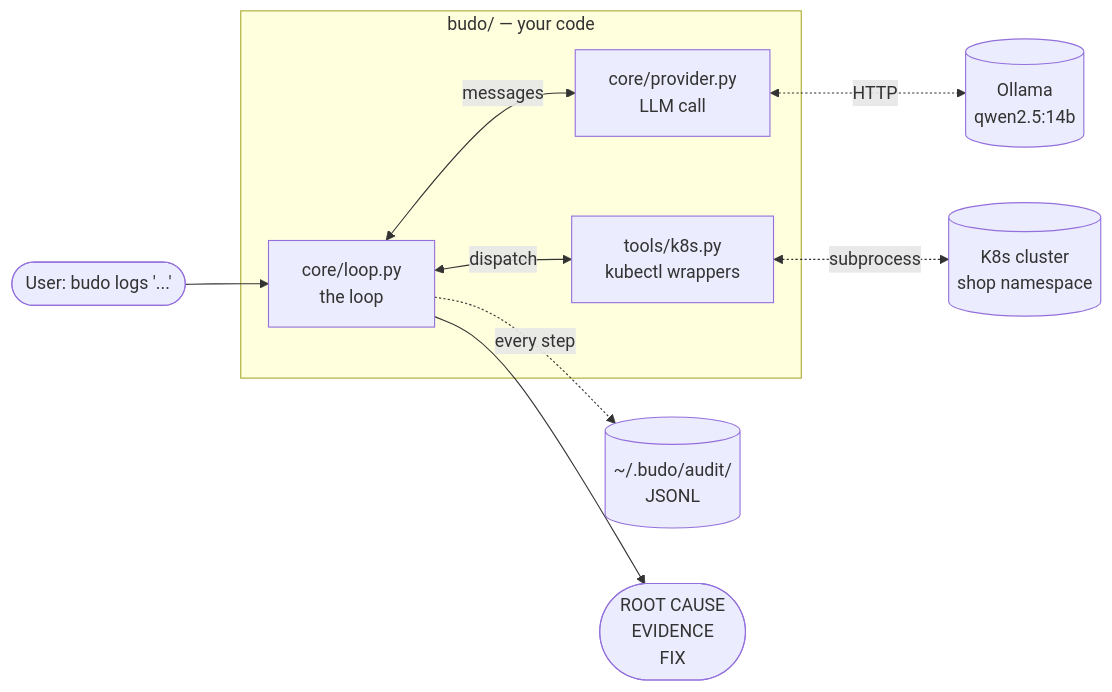
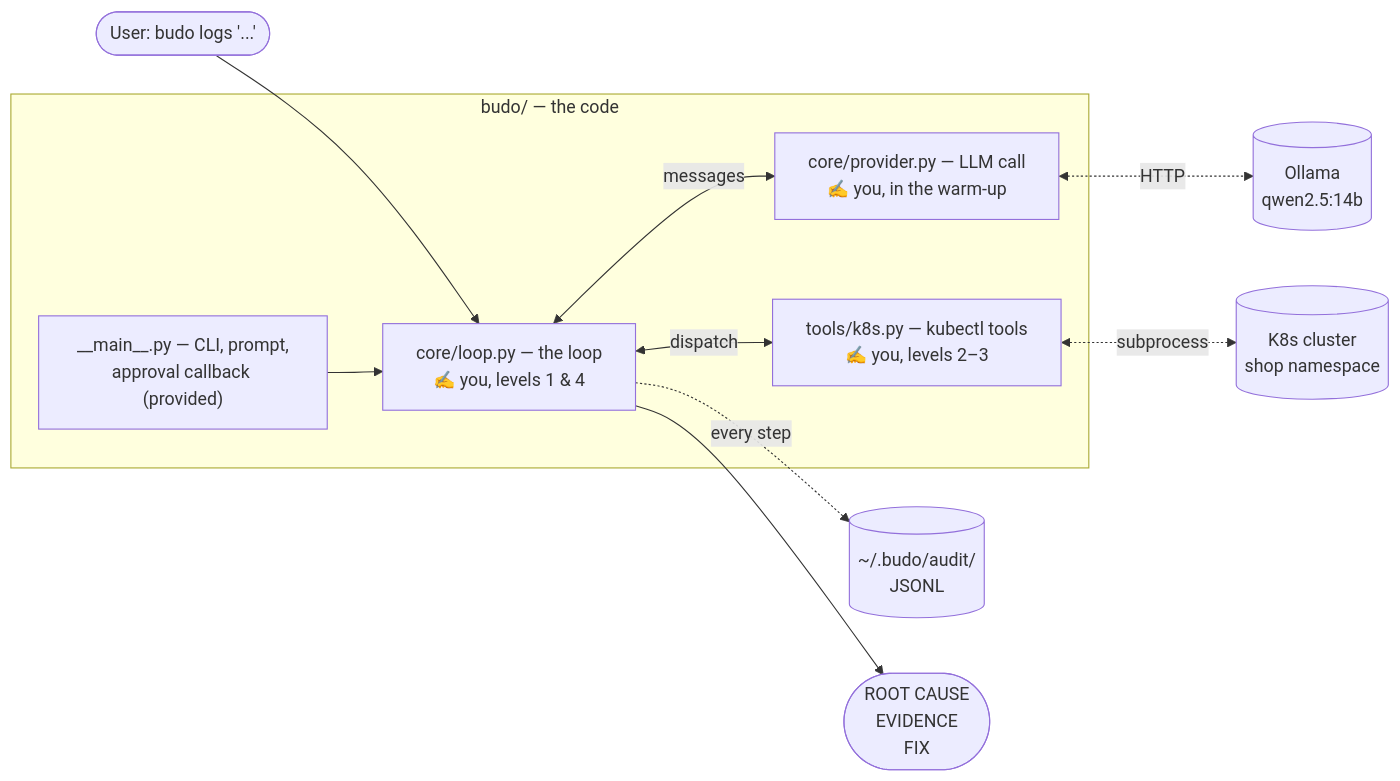
The diagram in site/src/content/docs/ch01-naked-loop.md (thapakazi/learn-agents), drawn with Mermaid before and after one commit. The commit also changed other lines of this file, not shown here.

````diff
--- a/site/src/content/docs/ch01-naked-loop.md
+++ b/site/src/content/docs/ch01-naked-loop.md
@@ -64,19 +68,21 @@
 ```mermaid
 flowchart LR
     User([User: budo logs '...']) --> Loop
 
-    subgraph budo["budo/ — your code"]
-        Loop[core/loop.py<br/>the loop]
-        Provider[core/provider.py<br/>LLM call]
-        Tools[tools/k8s.py<br/>kubectl wrappers]
+    subgraph budo["budo/ — the code"]
+        Loop["core/loop.py — the loop<br/>✍️ you, levels 1 & 4"]
+        Provider["core/provider.py — LLM call<br/>✍️ you, in the warm-up"]
+        Tools["tools/k8s.py — kubectl tools<br/>✍️ you, levels 2–3"]
+        Main["__main__.py — CLI, prompt,<br/>approval callback (provided)"]
 
+        Main --> Loop
         Loop <-->|messages| Provider
         Loop <-->|dispatch| Tools
     end
 
     Provider <-.HTTP.-> Ollama[(Ollama<br/>qwen2.5:14b)]
     Tools <-.subprocess.-> Cluster[(K8s cluster<br/>shop namespace)]
     Loop -.->|every step| Audit[(~/.budo/audit/<br/>JSONL)]
 
     Loop --> Verdict([ROOT CAUSE<br/>EVIDENCE<br/>FIX])
 ```
````
